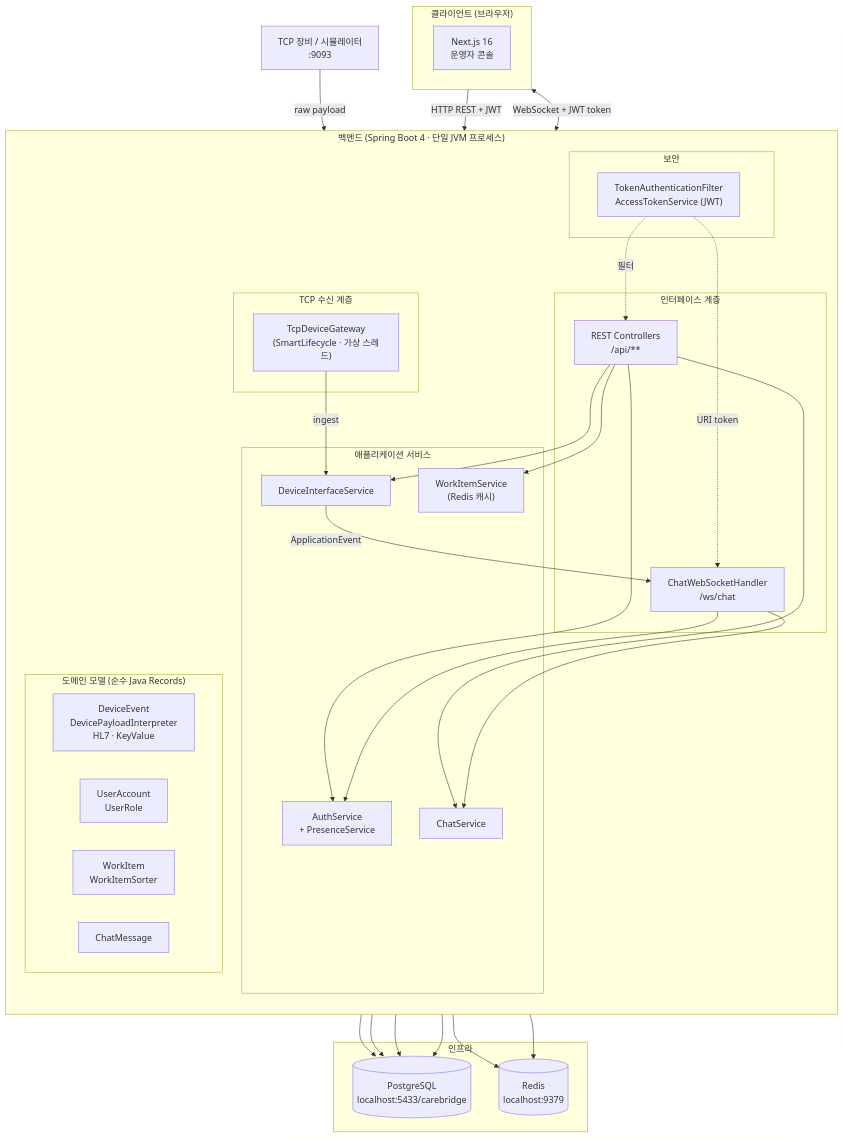
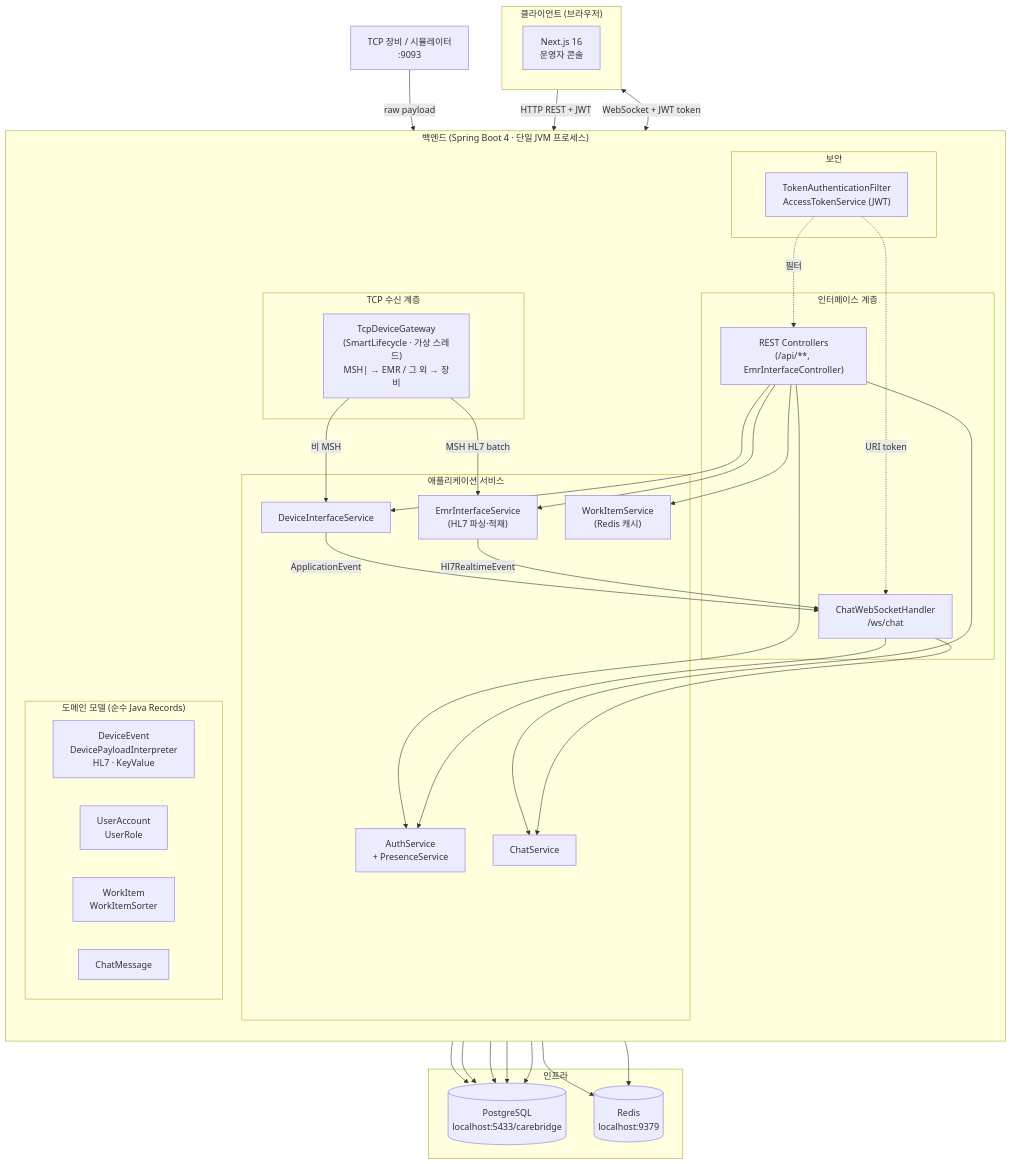
One commit to skyleedevzero86/carebridge-platform changed the first of 8 diagrams in README.md. Above: the diagram before and after it, drawn with Mermaid. The commit also changed other lines of this file and 23 other files, not shown here.

````diff
--- a/README.md
+++ b/README.md
@@ -101,63 +110,67 @@
 ```mermaid
 flowchart TB
     subgraph client["클라이언트 (브라우저)"]
         direction LR
         UI["Next.js 16\n운영자 콘솔"]
     end
 
     subgraph backend["백엔드 (Spring Boot 4 · 단일 JVM 프로세스)"]
         direction TB
 
         subgraph ingest["TCP 수신 계층"]
-            TCP_GW["TcpDeviceGateway\n(SmartLifecycle · 가상 스레드)"]
+            TCP_GW["TcpDeviceGateway\n(SmartLifecycle · 가상 스레드)\nMSH| → EMR / 그 외 → 장비"]
         end
 
         subgraph app["애플리케이션 서비스"]
             AUTH_SVC["AuthService\n+ PresenceService"]
             DEV_SVC["DeviceInterfaceService"]
+            EMR_SVC["EmrInterfaceService\n(HL7 파싱·적재)"]
             CHAT_SVC["ChatService"]
             WI_SVC["WorkItemService\n(Redis 캐시)"]
         end
 
         subgraph iface["인터페이스 계층"]
-            REST["REST Controllers\n/api/**"]
+        REST["REST Controllers\n(/api/**, EmrInterfaceController)"]
             WS_HANDLER["ChatWebSocketHandler\n/ws/chat"]
         end
 
         subgraph sec["보안"]
             JWT["TokenAuthenticationFilter\nAccessTokenService (JWT)"]
         end
 
         subgraph domain["도메인 모델 (순수 Java Records)"]
             D_DEV["DeviceEvent\nDevicePayloadInterpreter\nHL7 · KeyValue"]
             D_AUTH["UserAccount\nUserRole"]
             D_WI["WorkItem\nWorkItemSorter"]
             D_CHAT["ChatMessage"]
         end
     end
 
     subgraph infra["인프라"]
         DB[("PostgreSQL\nlocalhost:5433/carebridge")]
         REDIS[("Redis\nlocalhost:9379")]
     end
 
     TCP_CLIENT["TCP 장비 / 시뮬레이터\n:9093"] -->|raw payload| TCP_GW
-    TCP_GW -->|ingest| DEV_SVC
+    TCP_GW -->|비 MSH| DEV_SVC
+    TCP_GW -->|MSH HL7 batch| EMR_SVC
     DEV_SVC -->|ApplicationEvent| WS_HANDLER
     DEV_SVC --> DB
+    EMR_SVC --> DB
+    EMR_SVC -->|Hl7RealtimeEvent| WS_HANDLER
 
     UI -->|HTTP REST + JWT| REST
     UI <-->|WebSocket + JWT token| WS_HANDLER
 
-    REST --> AUTH_SVC & DEV_SVC & CHAT_SVC & WI_SVC
+    REST --> AUTH_SVC & DEV_SVC & EMR_SVC & CHAT_SVC & WI_SVC
     WS_HANDLER --> AUTH_SVC & CHAT_SVC
 
     AUTH_SVC --> DB
     AUTH_SVC --> REDIS
     CHAT_SVC --> DB
     WI_SVC --> DB
     WI_SVC --> REDIS
 
     JWT -.->|필터| REST
     JWT -.->|URI token| WS_HANDLER
 ```
````
